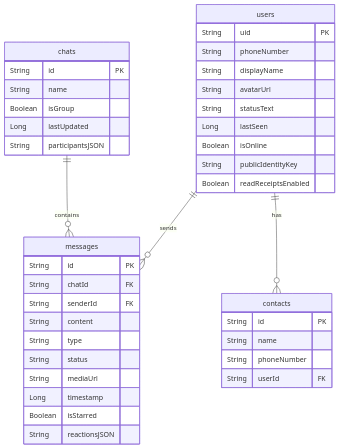
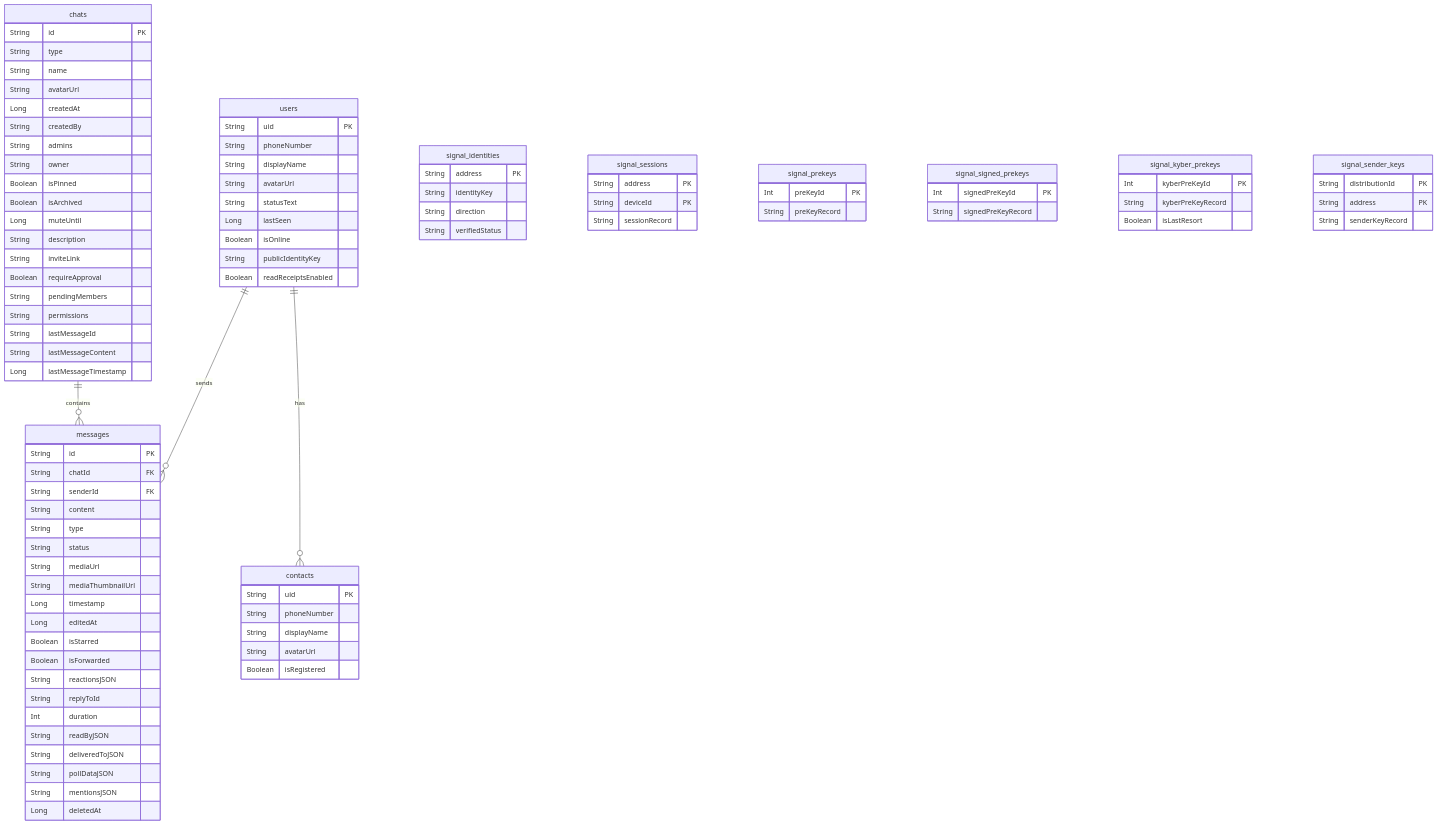
The sixth of 7 diagrams in docs/ARCHITECTURE.md (gomorra/fire-stream-chat), drawn with Mermaid before and after one commit. The commit also changed other lines of this file and 15 other files, not shown here.

Commit message:
feat: Implement voice calls, group chats, broadcast lists, polls, mentions, and real-time presence tracking.

```diff
--- a/docs/ARCHITECTURE.md
+++ b/docs/ARCHITECTURE.md
@@ -251,10 +338,24 @@
 
     chats {
         String id PK
+        String type
         String name
-        Boolean isGroup
-        Long lastUpdated
-        String participantsJSON
+        String avatarUrl
+        Long createdAt
+        String createdBy
+        String admins
+        String owner
+        Boolean isPinned
+        Boolean isArchived
+        Long muteUntil
+        String description
+        String inviteLink
+        Boolean requireApproval
+        String pendingMembers
+        String permissions
+        String lastMessageId
+        String lastMessageContent
+        Long lastMessageTimestamp
     }
 
     messages {
@@ -265,16 +366,62 @@
         String type
         String status
         String mediaUrl
+        String mediaThumbnailUrl
         Long timestamp
+        Long editedAt
         Boolean isStarred
+        Boolean isForwarded
         String reactionsJSON
+        String replyToId
+        Int duration
+        String readByJSON
+        String deliveredToJSON
+        String pollDataJSON
+        String mentionsJSON
+        Long deletedAt
     }
 
     contacts {
-        String id PK
-        String name
+        String uid PK
         String phoneNumber
-        String userId FK
+        String displayName
+        String avatarUrl
+        Boolean isRegistered
+    }
+
+    signal_identities {
+        String address PK
+        String identityKey
+        String direction
+        String verifiedStatus
+    }
+
+    signal_sessions {
+        String address PK
+        String deviceId PK
+        String sessionRecord
+    }
+
+    signal_prekeys {
+        Int preKeyId PK
+        String preKeyRecord
+    }
+
+    signal_signed_prekeys {
+        Int signedPreKeyId PK
+        String signedPreKeyRecord
+    }
+
+    signal_kyber_prekeys {
+        Int kyberPreKeyId PK
+        String kyberPreKeyRecord
+        Boolean isLastResort
+    }
+
+    signal_sender_keys {
+        String distributionId PK
+        String address PK
+        String senderKeyRecord
     }
 
     chats ||--o{ messages : "contains"
```
